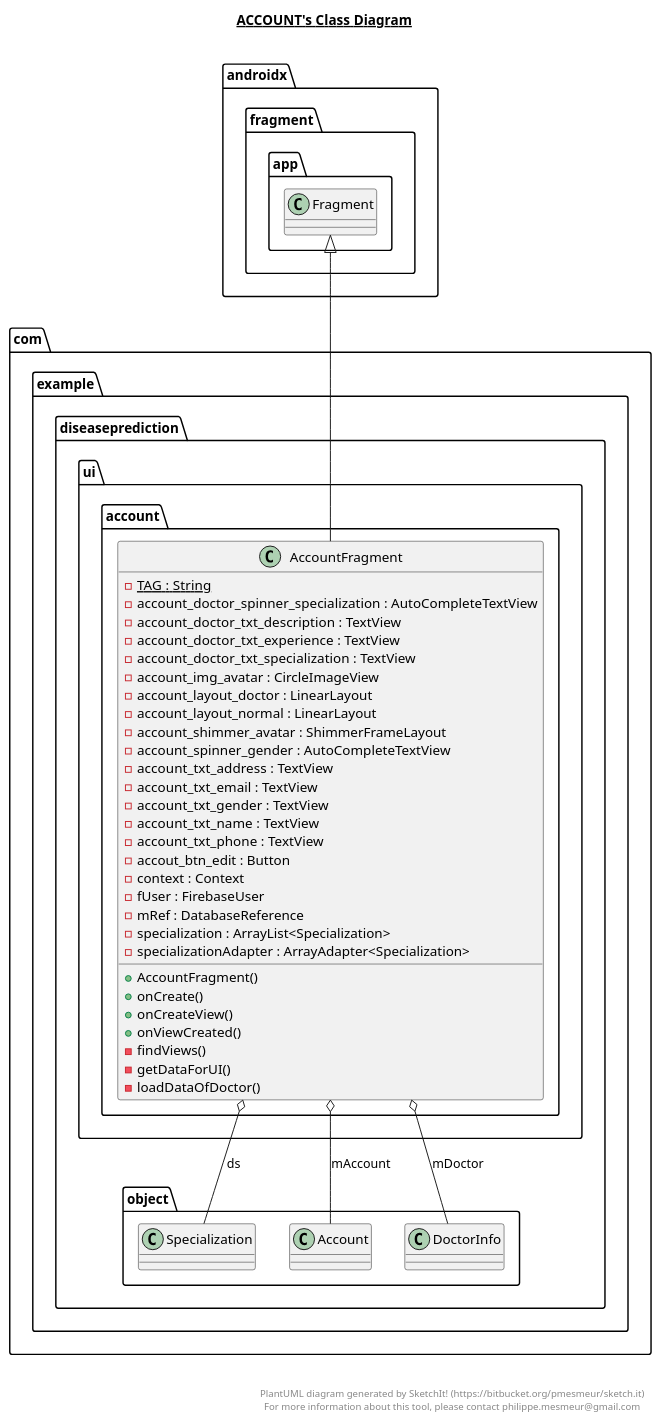
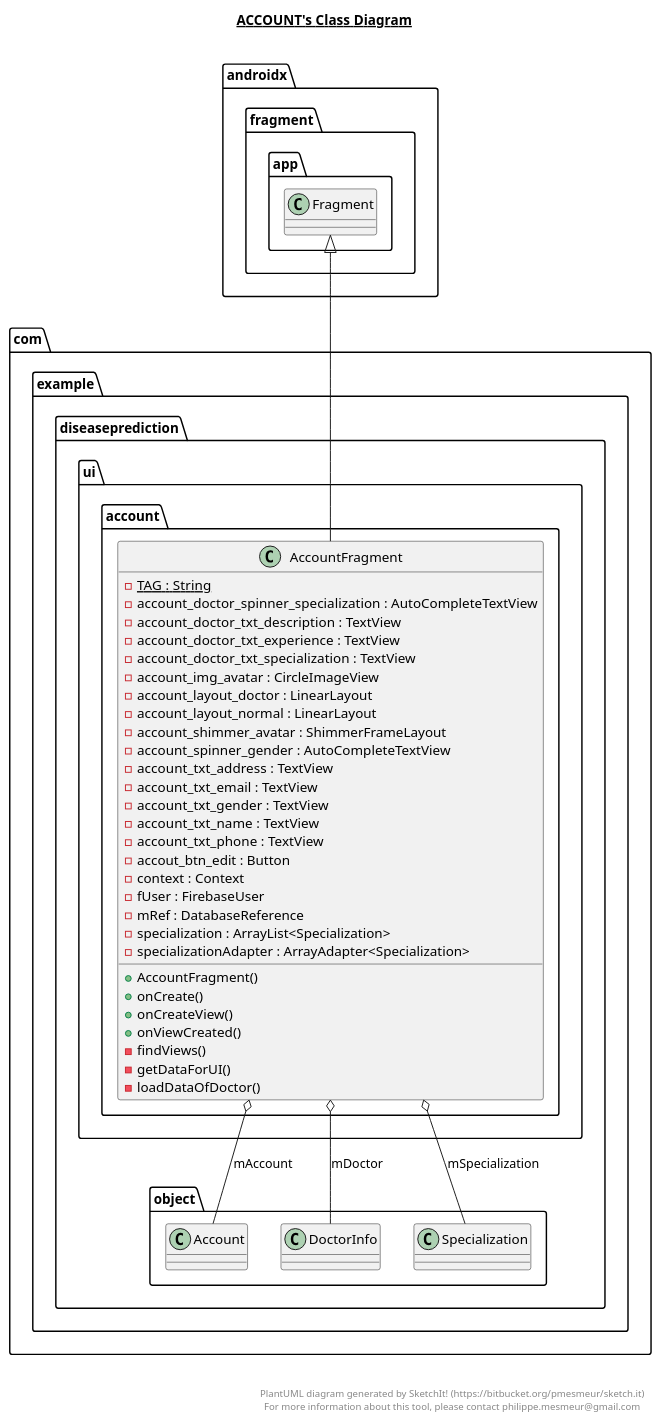
The diagram in app/src/main/java/com/example/diseaseprediction/diagram/account.plantuml (unrickq/Disease_prediction), drawn with PlantUML before and after one commit. The commit also changed 26 other files, not shown here.

Commit message:
Add UML + Create new FirebaseConstants

```diff
--- a/app/src/main/java/com/example/diseaseprediction/diagram/account.plantuml
+++ b/app/src/main/java/com/example/diseaseprediction/diagram/account.plantuml
@@ -1,54 +1,54 @@
 @startuml
 
 title __ACCOUNT's Class Diagram__\n
 
   namespace com.example.diseaseprediction {
     namespace ui.account {
       class com.example.diseaseprediction.ui.account.AccountFragment {
           {static} - TAG : String
           - account_doctor_spinner_specialization : AutoCompleteTextView
           - account_doctor_txt_description : TextView
           - account_doctor_txt_experience : TextView
           - account_doctor_txt_specialization : TextView
           - account_img_avatar : CircleImageView
           - account_layout_doctor : LinearLayout
           - account_layout_normal : LinearLayout
           - account_shimmer_avatar : ShimmerFrameLayout
           - account_spinner_gender : AutoCompleteTextView
           - account_txt_address : TextView
           - account_txt_email : TextView
           - account_txt_gender : TextView
           - account_txt_name : TextView
           - account_txt_phone : TextView
           - accout_btn_edit : Button
           - context : Context
           - fUser : FirebaseUser
           - mRef : DatabaseReference
           - specialization : ArrayList<Specialization>
           - specializationAdapter : ArrayAdapter<Specialization>
           + AccountFragment()
           + onCreate()
           + onCreateView()
           + onViewCreated()
           - findViews()
           - getDataForUI()
           - loadDataOfDoctor()
       }
     }
   }
   
 
   com.example.diseaseprediction.ui.account.AccountFragment -up-|> androidx.fragment.app.Fragment
-  com.example.diseaseprediction.ui.account.AccountFragment o-- com.example.diseaseprediction.object.Specialization : ds
   com.example.diseaseprediction.ui.account.AccountFragment o-- com.example.diseaseprediction.object.Account : mAccount
   com.example.diseaseprediction.ui.account.AccountFragment o-- com.example.diseaseprediction.object.DoctorInfo : mDoctor
+  com.example.diseaseprediction.ui.account.AccountFragment o-- com.example.diseaseprediction.object.Specialization : mSpecialization
 
 
 right footer
 
 
 PlantUML diagram generated by SketchIt! (https://bitbucket.org/pmesmeur/sketch.it)
 For more information about this tool, please contact philippe.mesmeur@gmail.com
 endfooter
 
 @enduml
```
